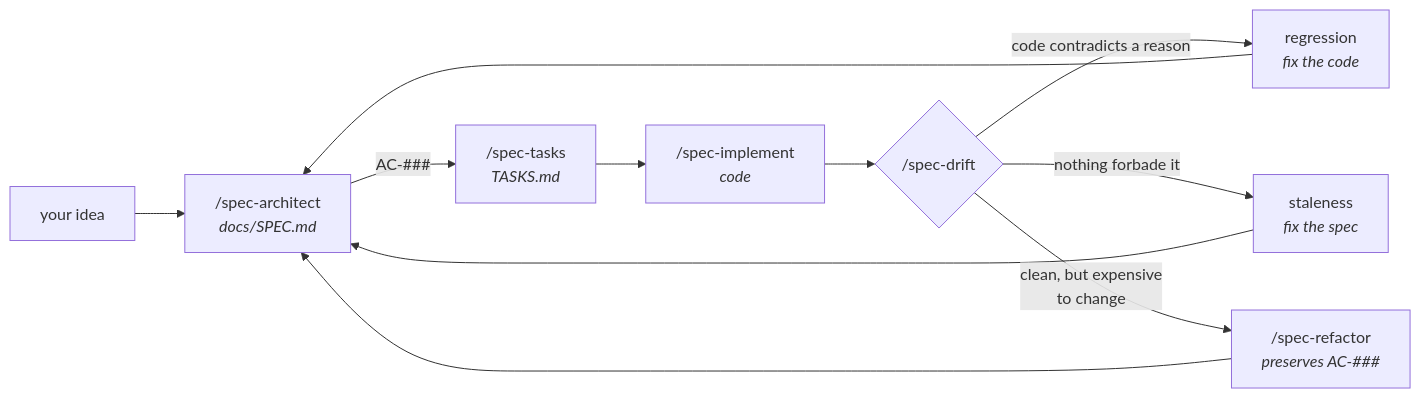
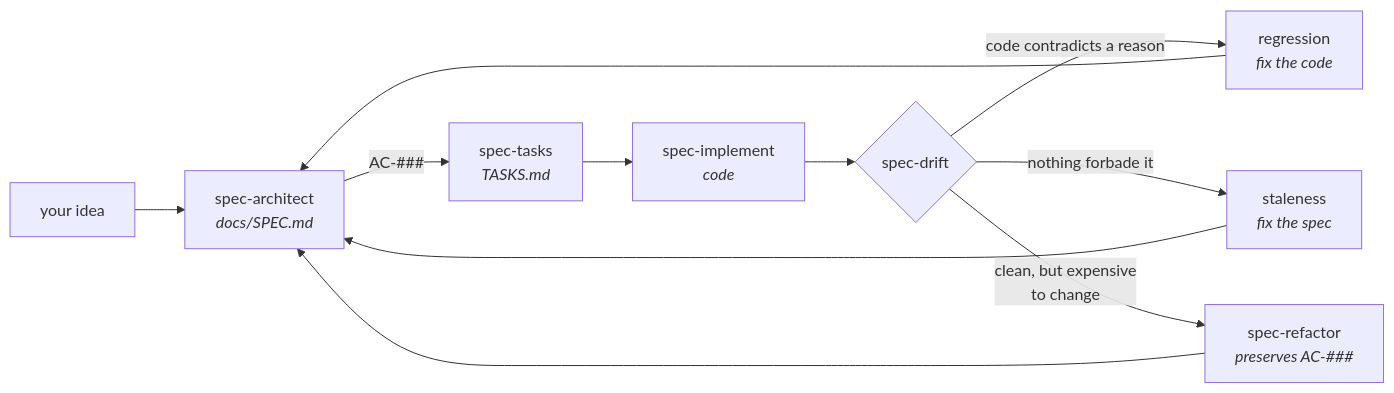
The diagram in plugins/blueprint/examples/the-loop.md (DahanItamar/SkillShelf), drawn with Mermaid before and after one commit. The commit also changed other lines of this file and 33 other files, not shown here.

````diff
--- a/plugins/blueprint/examples/the-loop.md
+++ b/plugins/blueprint/examples/the-loop.md
@@ -165,13 +165,13 @@
 ```mermaid
 flowchart LR
-    I["your idea"] --> A["/spec-architect<br/><i>docs/SPEC.md</i>"]
-    A -- "AC-###" --> T["/spec-tasks<br/><i>TASKS.md</i>"]
-    T --> M["/spec-implement<br/><i>code</i>"]
-    M --> D{"/spec-drift"}
+    I["your idea"] --> A["spec-architect<br/><i>docs/SPEC.md</i>"]
+    A -- "AC-###" --> T["spec-tasks<br/><i>TASKS.md</i>"]
+    T --> M["spec-implement<br/><i>code</i>"]
+    M --> D{"spec-drift"}
     D -- "code contradicts a reason" --> R["regression<br/><i>fix the code</i>"]
     D -- "nothing forbade it" --> S["staleness<br/><i>fix the spec</i>"]
-    D -- "clean, but expensive<br/>to change" --> F["/spec-refactor<br/><i>preserves AC-###</i>"]
+    D -- "clean, but expensive<br/>to change" --> F["spec-refactor<br/><i>preserves AC-###</i>"]
     R --> A
     S --> A
     F --> A
 ```
````
